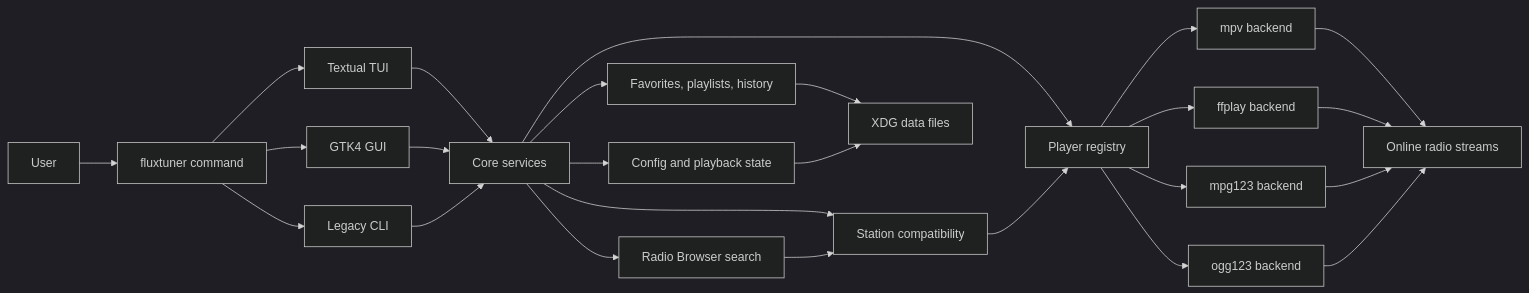
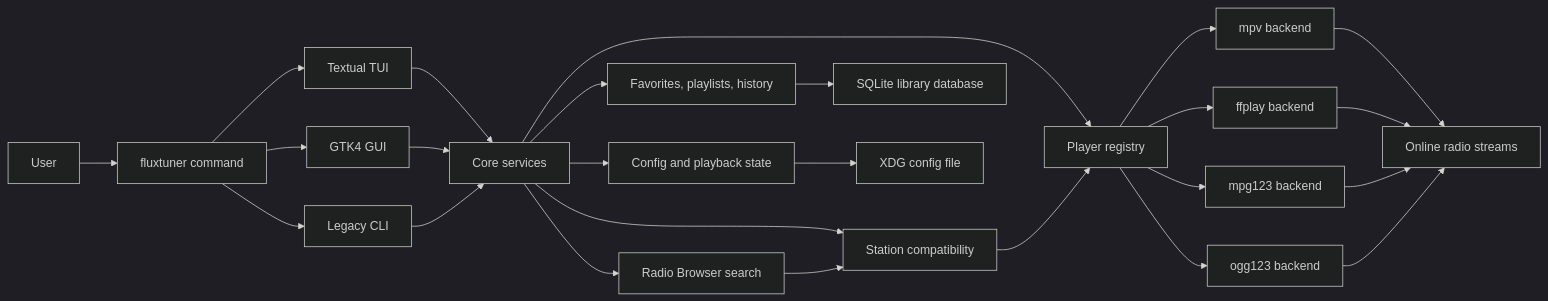
The diagram in README.md (pitill0/fluxtuner), drawn with Mermaid (dark theme) before and after one commit. The commit also changed other lines of this file and 4 other files, not shown here.

Commit message:
Document SQLite library storage

````diff
--- a/README.md
+++ b/README.md
@@ -209,32 +209,32 @@
 ```mermaid
 flowchart LR
     User["User"] --> Entry["fluxtuner command"]
     Entry --> TUI["Textual TUI"]
     Entry --> GUI["GTK4 GUI"]
     Entry --> CLI["Legacy CLI"]
 
     TUI --> Services["Core services"]
     GUI --> Services
     CLI --> Services
 
     Services --> Search["Radio Browser search"]
     Services --> Compatibility["Station compatibility"]
     Services --> Library["Favorites, playlists, history"]
     Services --> Config["Config and playback state"]
     Services --> PlayerRegistry["Player registry"]
 
     Search --> Compatibility
     Compatibility --> PlayerRegistry
 
     PlayerRegistry --> MPV["mpv backend"]
     PlayerRegistry --> FFPLAY["ffplay backend"]
     PlayerRegistry --> MPG123["mpg123 backend"]
     PlayerRegistry --> OGG123["ogg123 backend"]
     MPV --> Streams["Online radio streams"]
     FFPLAY --> Streams
     MPG123 --> Streams
     OGG123 --> Streams
 
-    Library --> Storage["XDG data files"]
-    Config --> Storage
+    Library --> Storage["SQLite library database"]
+    Config --> ConfigStorage["XDG config file"]
 ```
````
